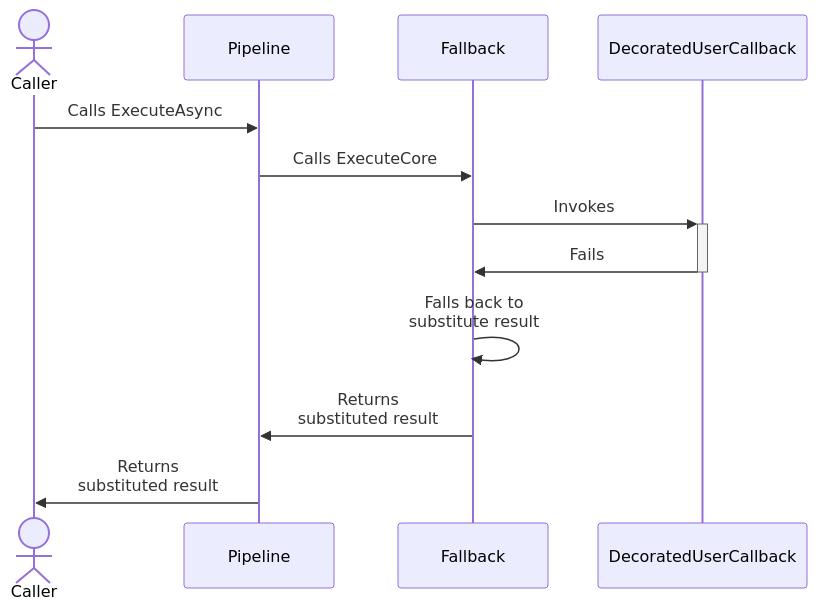
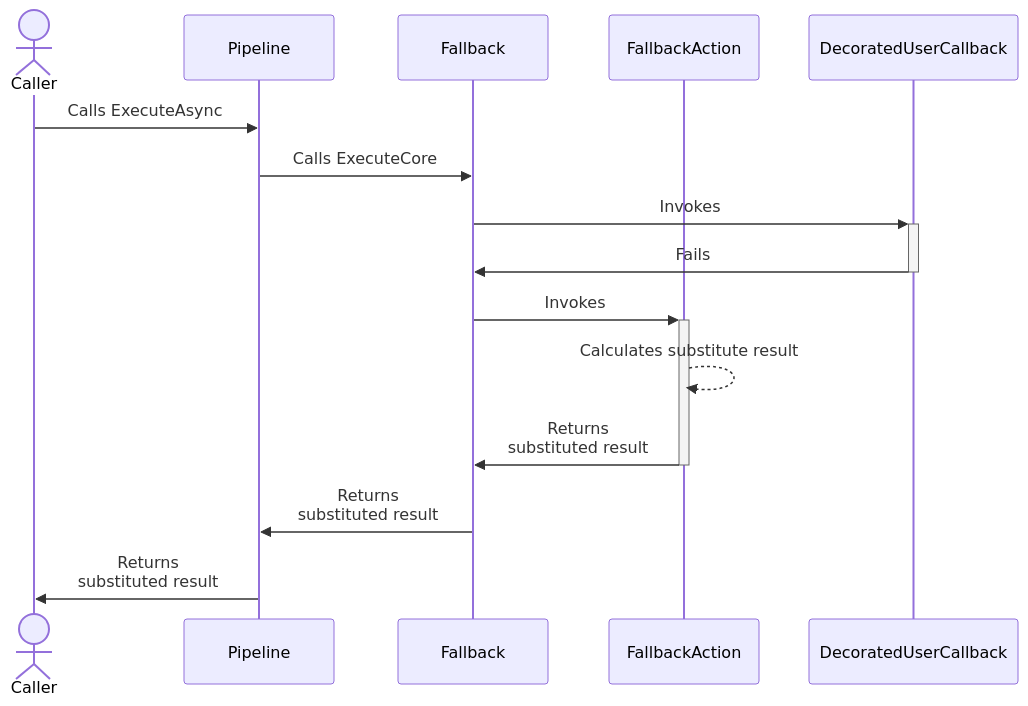
The second of 2 diagrams in docs/strategies/fallback.md (App-vNext/Polly), drawn with Mermaid before and after one commit. The commit also changed 6 other files, not shown here.

First line of the commit message:
[Docs] Add diagram to action generator hedging (#1713)

````diff
--- a/docs/strategies/fallback.md
+++ b/docs/strategies/fallback.md
@@ -89,15 +89,18 @@
 ```mermaid
 sequenceDiagram
     actor C as Caller
     participant P as Pipeline
     participant F as Fallback
+    participant FA as FallbackAction
     participant D as DecoratedUserCallback
 
     C->>P: Calls ExecuteAsync
     P->>F: Calls ExecuteCore
     F->>+D: Invokes
     D->>-F: Fails
-    F->>F: Falls back to<br/>substitute result
+    F->>+FA: Invokes
+    FA-->>FA: Calculates substitute result
+    FA->>-F: Returns <br/>substituted result
     F->>P: Returns <br/>substituted result
     P->>C: Returns <br/>substituted result
 ```
````
